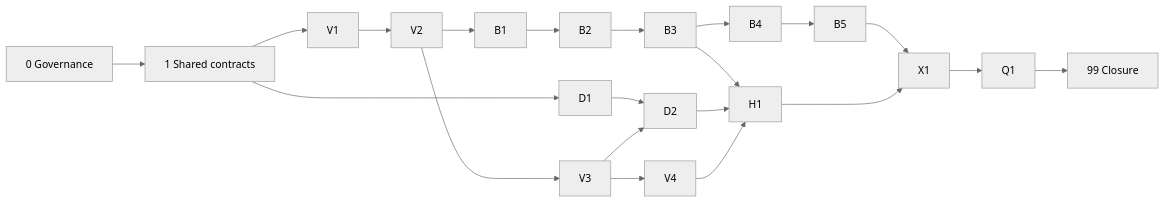
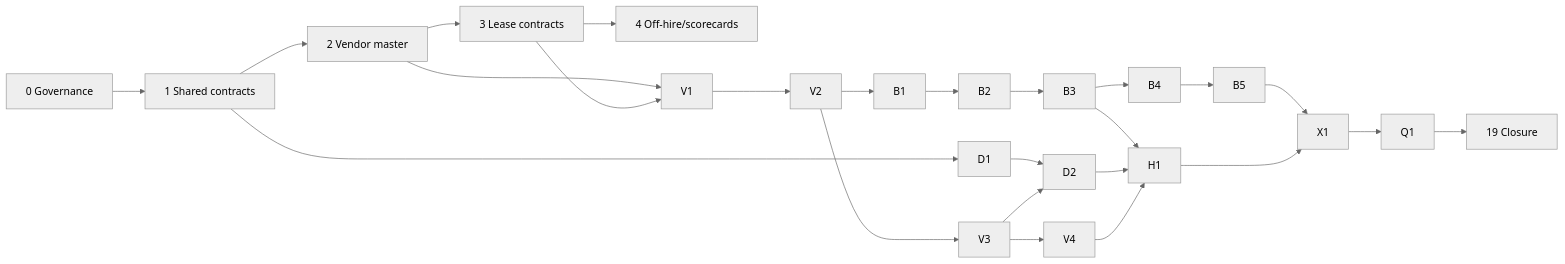
The diagram in docs/implementation-plan/booking_and_vehiclemanagement/README.md (jaisonthecoder/fleet-platform), drawn with Mermaid (neutral theme) before and after one commit. The commit also changed other lines of this file and 45 other files, not shown here.

````diff
--- a/docs/implementation-plan/booking_and_vehiclemanagement/README.md
+++ b/docs/implementation-plan/booking_and_vehiclemanagement/README.md
@@ -51,14 +55,17 @@
 ```mermaid
 flowchart LR
   P0["0 Governance"] --> P1["1 Shared contracts"]
-  P1 --> V1 --> V2 --> V3 --> V4
+  P1 --> S1["2 Vendor master"] --> S2["3 Lease contracts"] --> S3["4 Off-hire/scorecards"]
+  S1 --> V1
+  S2 --> V1
+  V1 --> V2 --> V3 --> V4
   V2 --> B1 --> B2 --> B3 --> B4 --> B5
   P1 --> D1 --> D2
   V3 --> D2
   B3 --> H1
   D2 --> H1
   V4 --> H1
   B5 --> X1
   H1 --> X1
-  X1 --> Q1 --> C99["99 Closure"]
+  X1 --> Q1 --> C19["19 Closure"]
 ```
````
